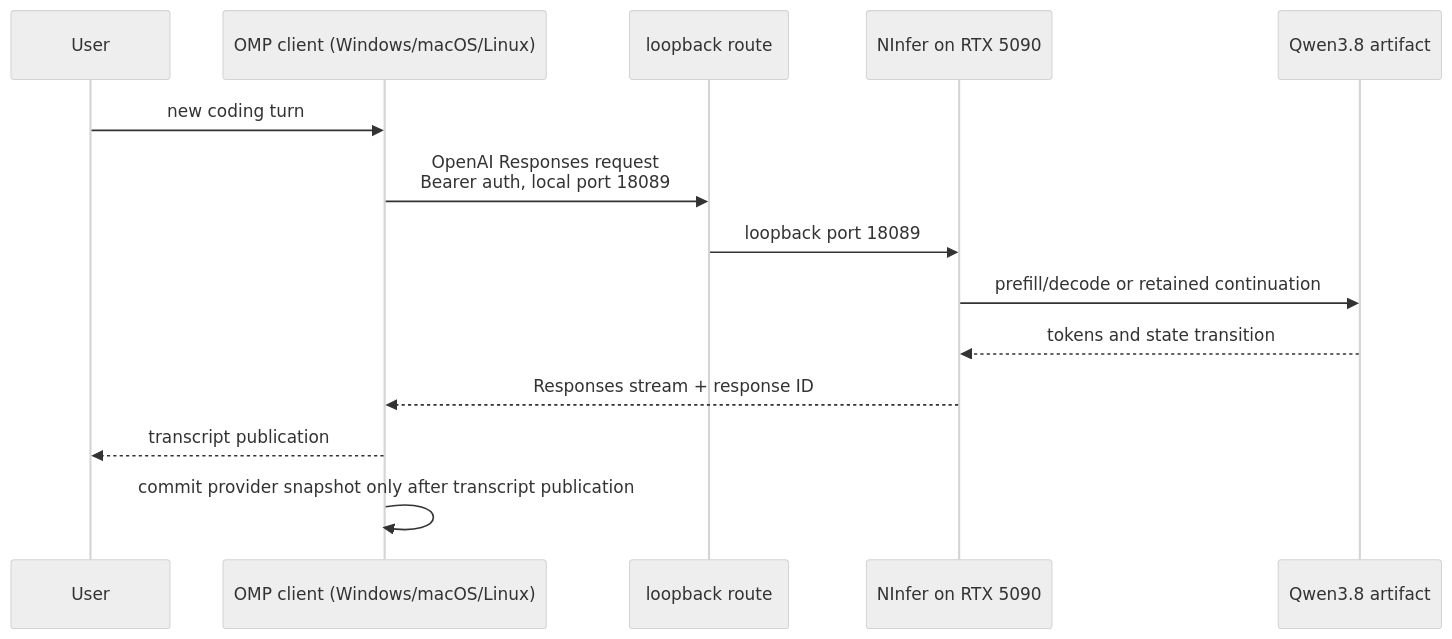
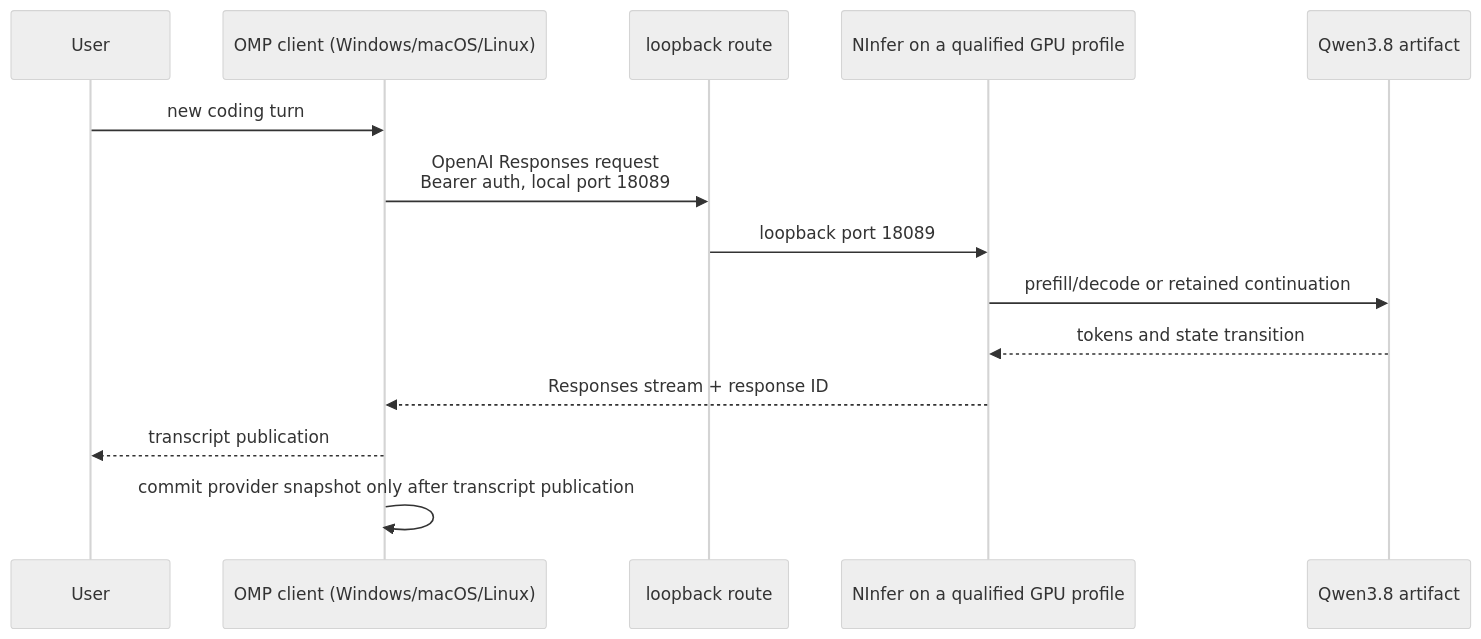
Before and after one commit to alphastorm/omp-ninfer: the diagram in docs/ARCHITECTURE.md, drawn with Mermaid (neutral theme). The commit also changed other lines of this file and 43 other files, not shown here.

````diff
--- a/docs/ARCHITECTURE.md
+++ b/docs/ARCHITECTURE.md
@@ -9,17 +9,17 @@
 ```mermaid
 sequenceDiagram
     participant User
     participant OMP as OMP client (Windows/macOS/Linux)
     participant Route as loopback route
-    participant NInfer as NInfer on RTX 5090
+    participant NInfer as NInfer on a qualified GPU profile
     participant GPU as Qwen3.8 artifact
 
     User->>OMP: new coding turn
     OMP->>Route: OpenAI Responses request<br/>Bearer auth, local port 18089
     Route->>NInfer: loopback port 18089
     NInfer->>GPU: prefill/decode or retained continuation
     GPU-->>NInfer: tokens and state transition
     NInfer-->>OMP: Responses stream + response ID
     OMP-->>User: transcript publication
     OMP->>OMP: commit provider snapshot only after transcript publication
 ```
````
